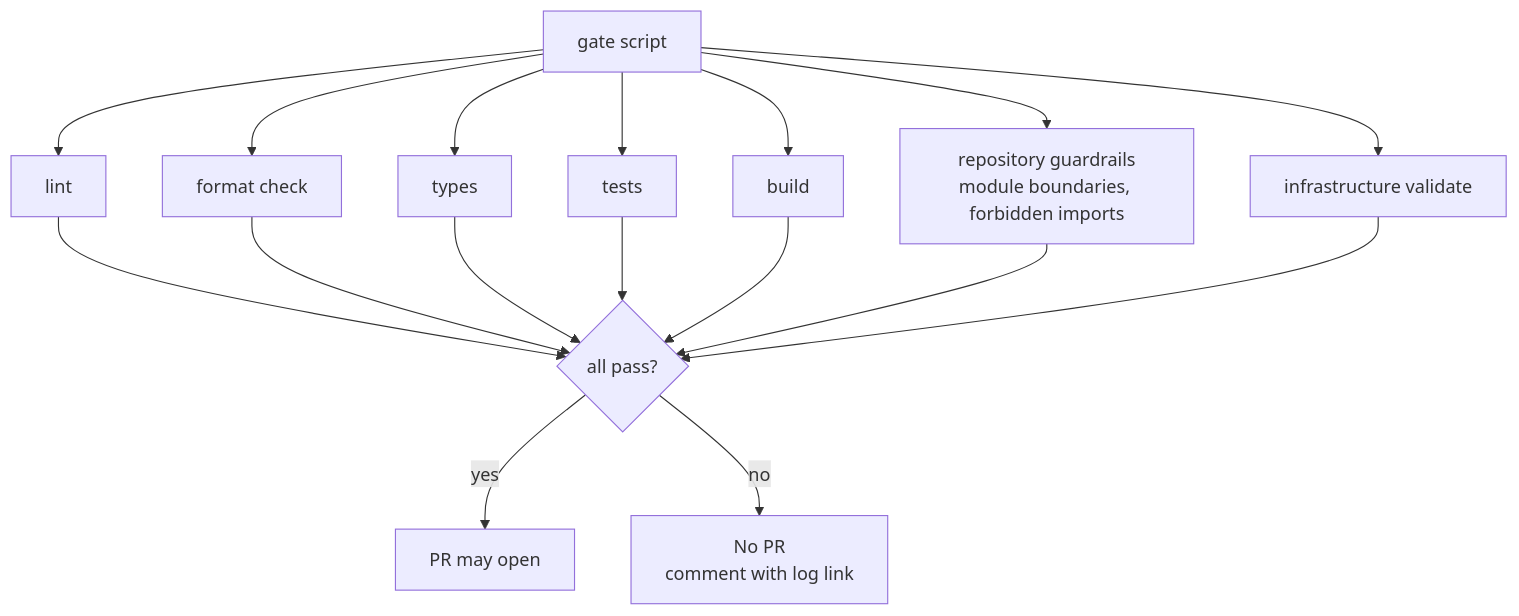
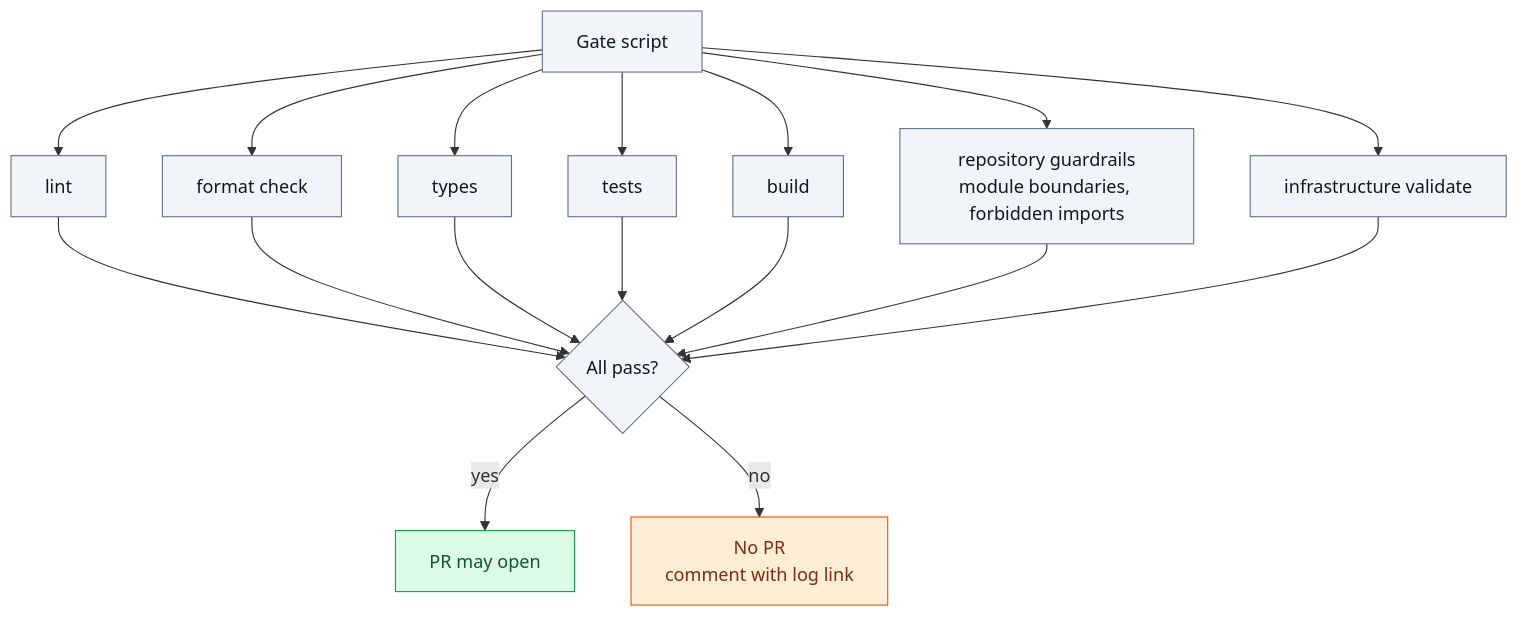
One commit to icelink-ai/software-factory-manifesto changed the diagram in docs/05-verification/single-gate.md. Above: the diagram before and after it, drawn with Mermaid. The commit also changed other lines of this file and 73 other files, not shown here.

````diff
--- a/docs/05-verification/single-gate.md
+++ b/docs/05-verification/single-gate.md
@@ -30,13 +37,18 @@
 ```mermaid
 flowchart TD
-    G["gate script"] --> L[lint]
-    G --> F[format check]
-    G --> T[types]
-    G --> U[tests]
-    G --> B[build]
-    G --> M["repository guardrails<br/>module boundaries, forbidden imports"]
-    G --> I["infrastructure validate"]
-    L & F & T & U & B & M & I --> R{"all pass?"}
-    R -->|yes| OK[PR may open]
-    R -->|no| NO["No PR<br/>comment with log link"]
+    G["Gate script"]:::script --> L["lint"]:::script
+    G --> F["format check"]:::script
+    G --> T["types"]:::script
+    G --> U["tests"]:::script
+    G --> B["build"]:::script
+    G --> M["repository guardrails<br/>module boundaries, forbidden imports"]:::script
+    G --> I["infrastructure validate"]:::script
+    L & F & T & U & B & M & I --> R{"All pass?"}:::script
+    R -->|yes| OK["PR may open"]:::state
+    R -->|no| NO["No PR<br/>comment with log link"]:::stop
+    classDef person fill:#dbeafe,stroke:#2563eb,color:#1e3a8a
+    classDef script fill:#f1f5f9,stroke:#64748b,color:#0f172a
+    classDef agent fill:#ede9fe,stroke:#7c3aed,color:#4c1d95
+    classDef state fill:#dcfce7,stroke:#16a34a,color:#14532d
+    classDef stop fill:#ffedd5,stroke:#ea580c,color:#7c2d12
 ```
````
